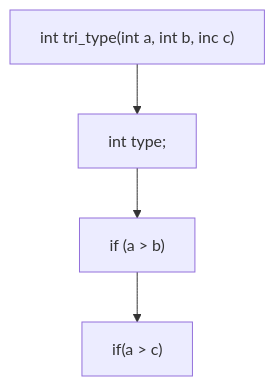
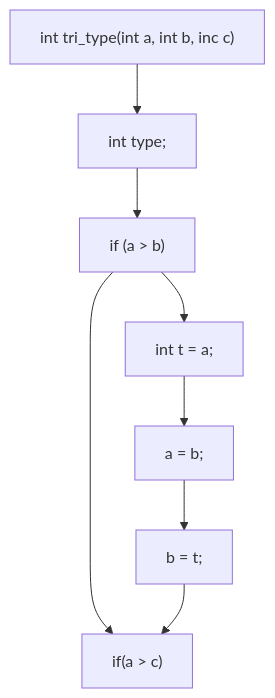
Before and after one commit to hajer78945/eng5: the second of 2 diagrams in README.md, drawn with Mermaid.

````diff
--- a/README.md
+++ b/README.md
@@ -203,11 +203,12 @@
 ```mermaid
 graph TD;
 id1["int tri_type(int a, int b, inc c)"]
 id2["int type;"]
 id1 --> id2;
 id3["if (a > b)"]
 id2 --> id3;
 id4["if(a > c)"]
 id3 --> id4;
+id3 --> id5["int t = a;"] --> id6["a = b;"] --> id7["b = t;"] --> id4
 
 ```
````
